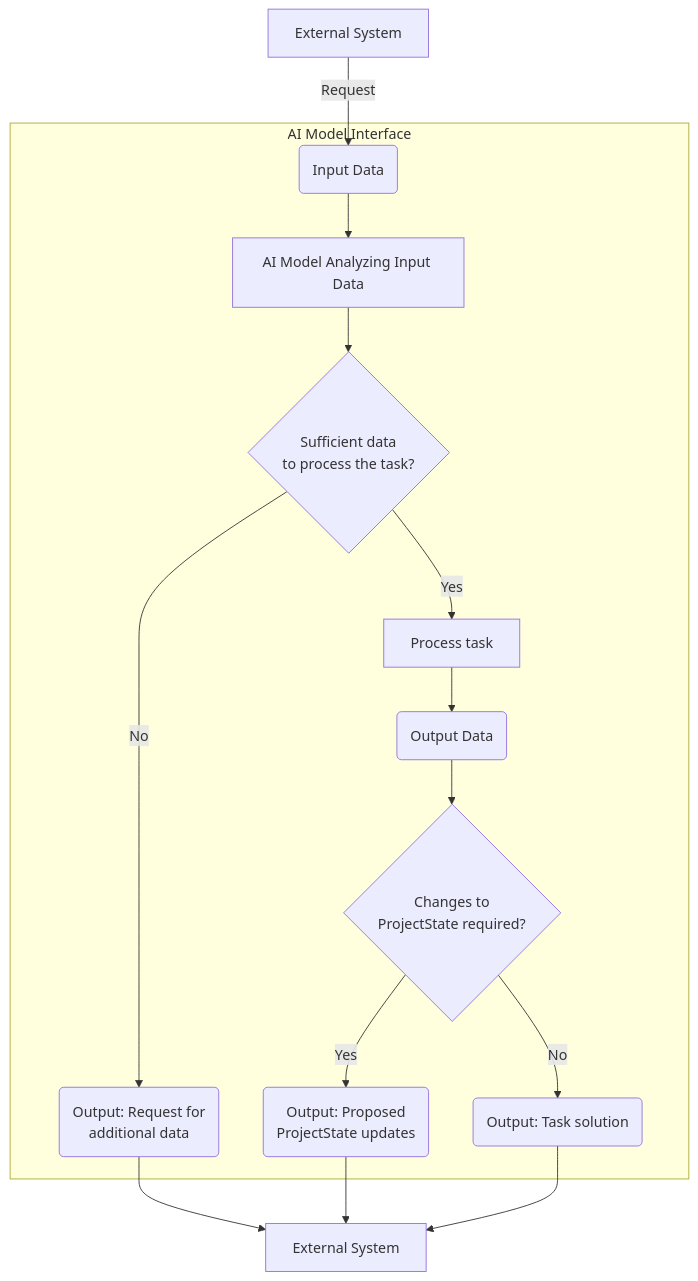
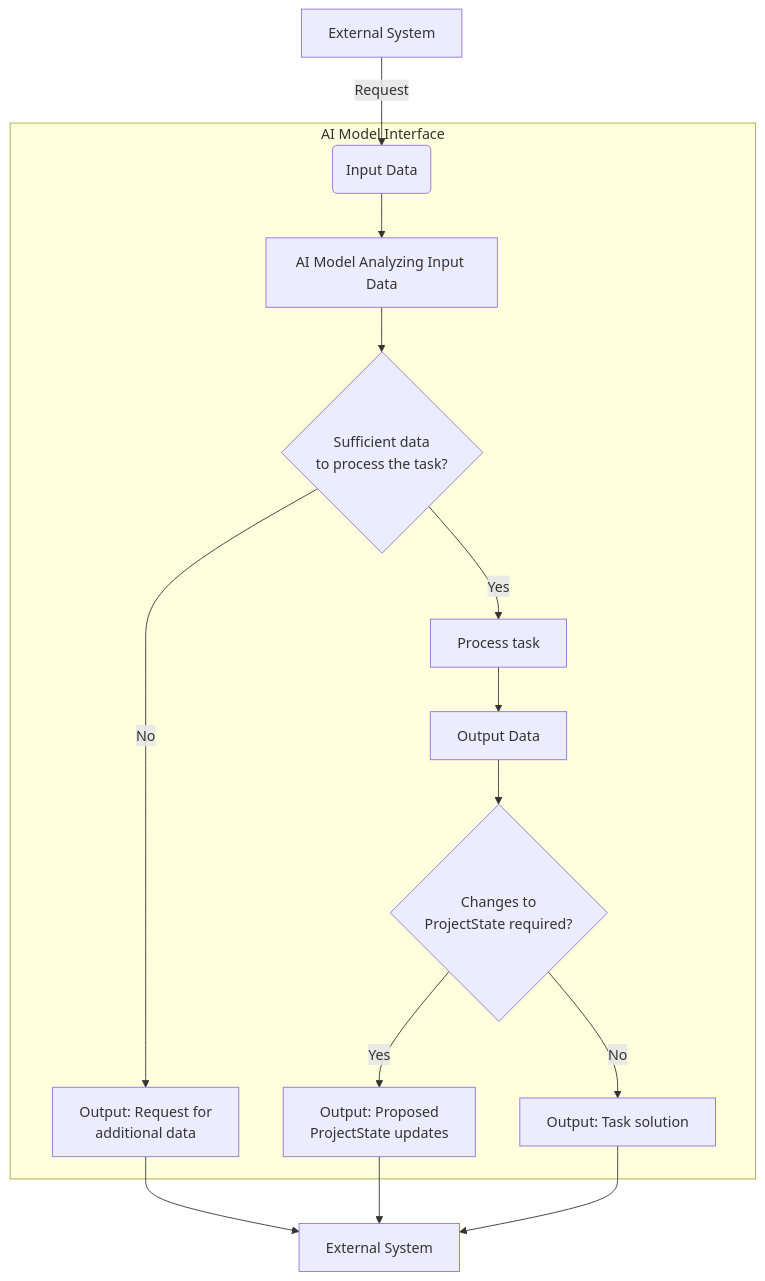
One commit to gitkola/simpler changed the diagram in src/configs/InstructionsForAIModels.md. Above: the diagram before and after it, drawn with Mermaid. The commit also changed other lines of this file and 6 other files, not shown here.

````diff
--- a/src/configs/InstructionsForAIModels.md
+++ b/src/configs/InstructionsForAIModels.md
@@ -67,27 +81,27 @@
 ```mermaid
 graph TD
     A[External System] -->|Request| B(Input Data)
     B --> C[AI Model Analyzing Input Data]
     C --> D{Sufficient data<br>to process the task?}
     D -->|Yes| E[Process task]
-    D -->|No| F(Output: Request for<br>additional data)
-    E --> G(Output Data)
+    D -->|No| F[Output: Request for<br>additional data]
+    E --> G[Output Data]
     G --> H{Changes to<br>ProjectState required?}
-    H -->|Yes| I(Output: Proposed<br>ProjectState updates)
-    H -->|No| J(Output: Task solution)
+    H -->|Yes| I[Output: Proposed<br>ProjectState updates]
+    H -->|No| J[Output: Task solution]
     F --> K[External System]
     I --> K
     J --> K
 
     subgraph AI Model Interface
     B
     C
     D
     E
     F
     G
     H
     I
     J
     end
 ```
````
